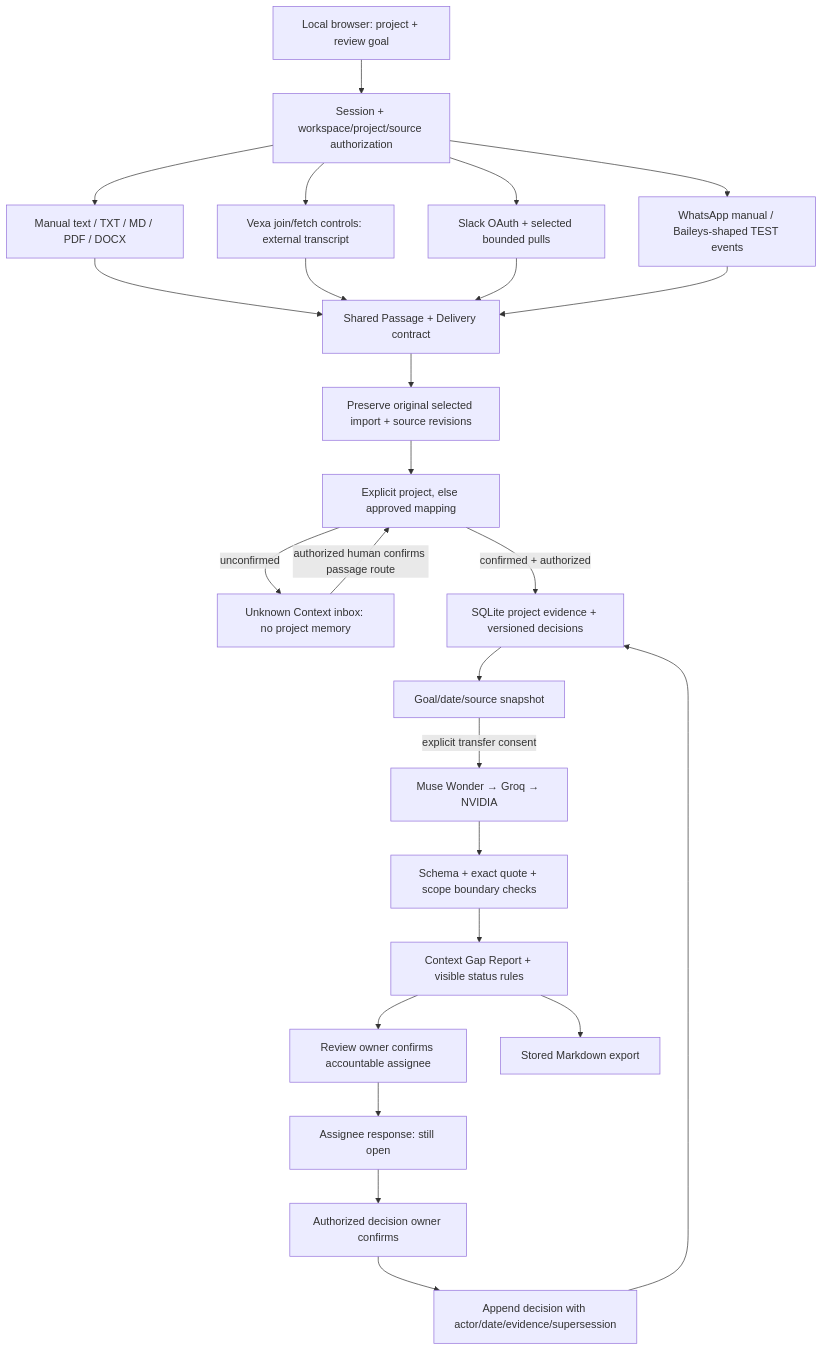
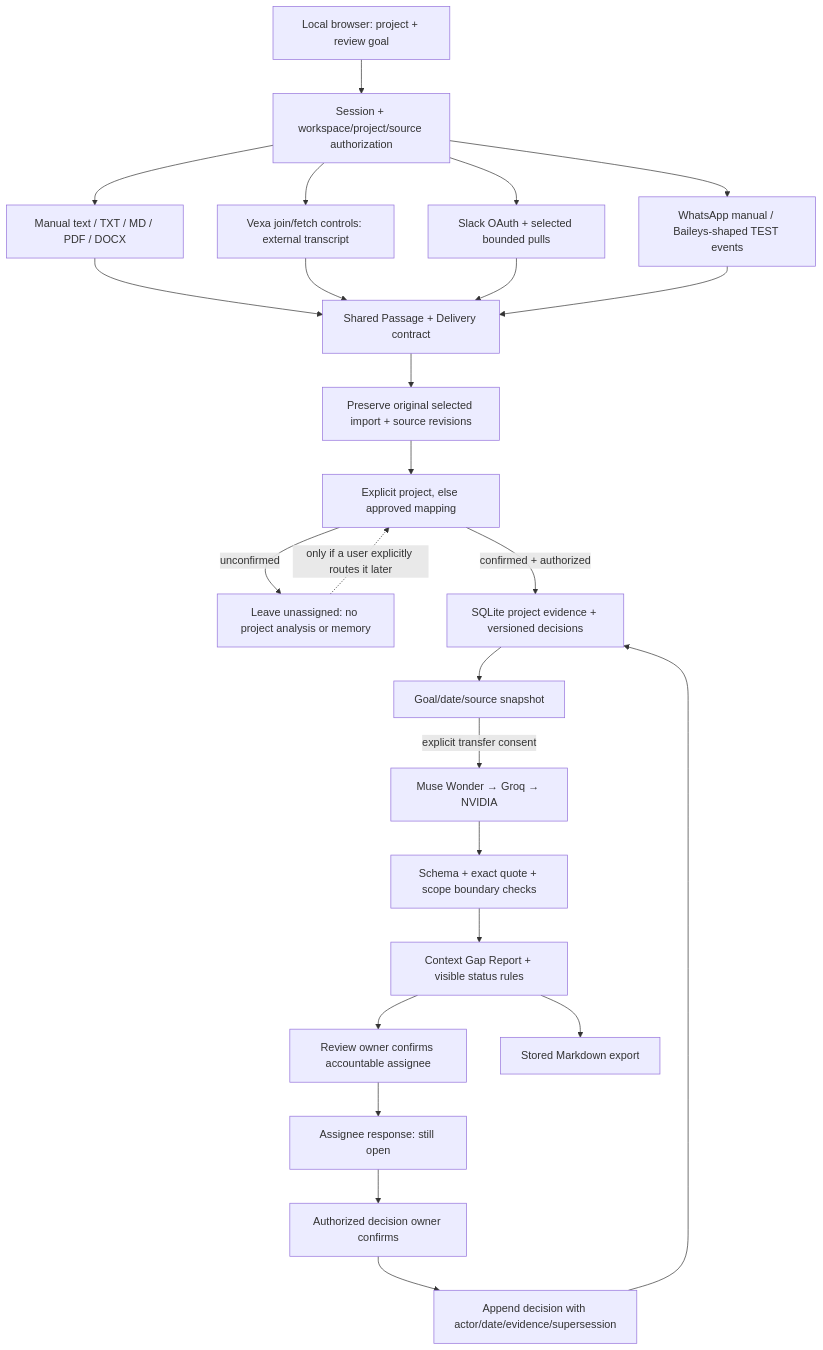
Before and after one commit to Ratnadeep-2007/ContextGurd: the diagram in docs/architecture.md, drawn with Mermaid. The commit also changed other lines of this file and 43 other files, not shown here.

````diff
--- a/docs/architecture.md
+++ b/docs/architecture.md
@@ -5,27 +5,27 @@
 ```mermaid
 flowchart TD
     UI[Local browser: project + review goal] --> Auth[Session + workspace/project/source authorization]
     Auth --> Manual[Manual text / TXT / MD / PDF / DOCX]
     Auth --> Vexa[Vexa join/fetch controls: external transcript]
     Auth --> Slack[Slack OAuth + selected bounded pulls]
     Auth --> WA[WhatsApp manual / Baileys-shaped TEST events]
     Manual --> Evidence[Shared Passage + Delivery contract]
     Vexa --> Evidence
     Slack --> Evidence
     WA --> Evidence
     Evidence --> Raw[Preserve original selected import + source revisions]
     Raw --> Route[Explicit project, else approved mapping]
-    Route -->|unconfirmed| Unknown[Unknown Context inbox: no project memory]
-    Unknown -->|authorized human confirms passage route| Route
+    Route -->|unconfirmed| Unknown[Leave unassigned: no project analysis or memory]
+    Unknown -.->|only if a user explicitly routes it later| Route
     Route -->|confirmed + authorized| DB[SQLite project evidence + versioned decisions]
     DB --> Review[Goal/date/source snapshot]
     Review -->|explicit transfer consent| LLM[Muse Wonder → Groq → NVIDIA]
     LLM --> Verify[Schema + exact quote + scope boundary checks]
     Verify --> Report[Context Gap Report + visible status rules]
     Report --> Assign[Review owner confirms accountable assignee]
     Assign --> Response[Assignee response: still open]
     Response --> Confirm[Authorized decision owner confirms]
     Confirm --> Decision[Append decision with actor/date/evidence/supersession]
     Decision --> DB
     Report --> Export[Stored Markdown export]
 ```
````
